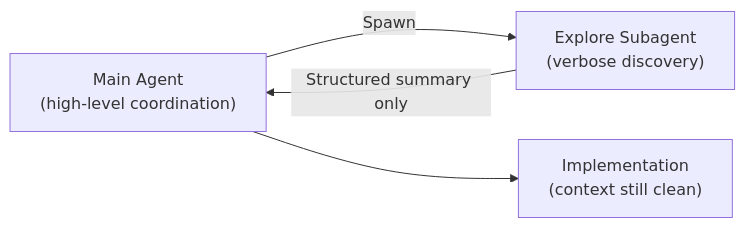
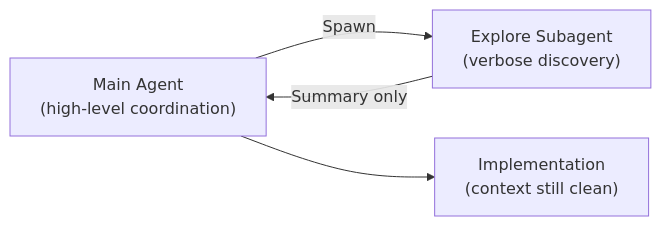
Before and after one commit to ajeetchouksey/ajch_skillup: the third of 3 diagrams in content/skillup/ccaf/notes/d2-claude-code-config.md, drawn with Mermaid. The commit also changed other lines of this file and 157 other files, not shown here.

````diff
--- a/content/skillup/ccaf/notes/d2-claude-code-config.md
+++ b/content/skillup/ccaf/notes/d2-claude-code-config.md
@@ -643,6 +510,6 @@
 ```mermaid
 graph LR
     M["Main Agent<br/>(high-level coordination)"] -->|"Spawn"| E["Explore Subagent<br/>(verbose discovery)"]
-    E -->|"Structured summary only"| M
+    E -->|"Summary only"| M
     M --> I["Implementation<br/>(context still clean)"]
 ```
````
